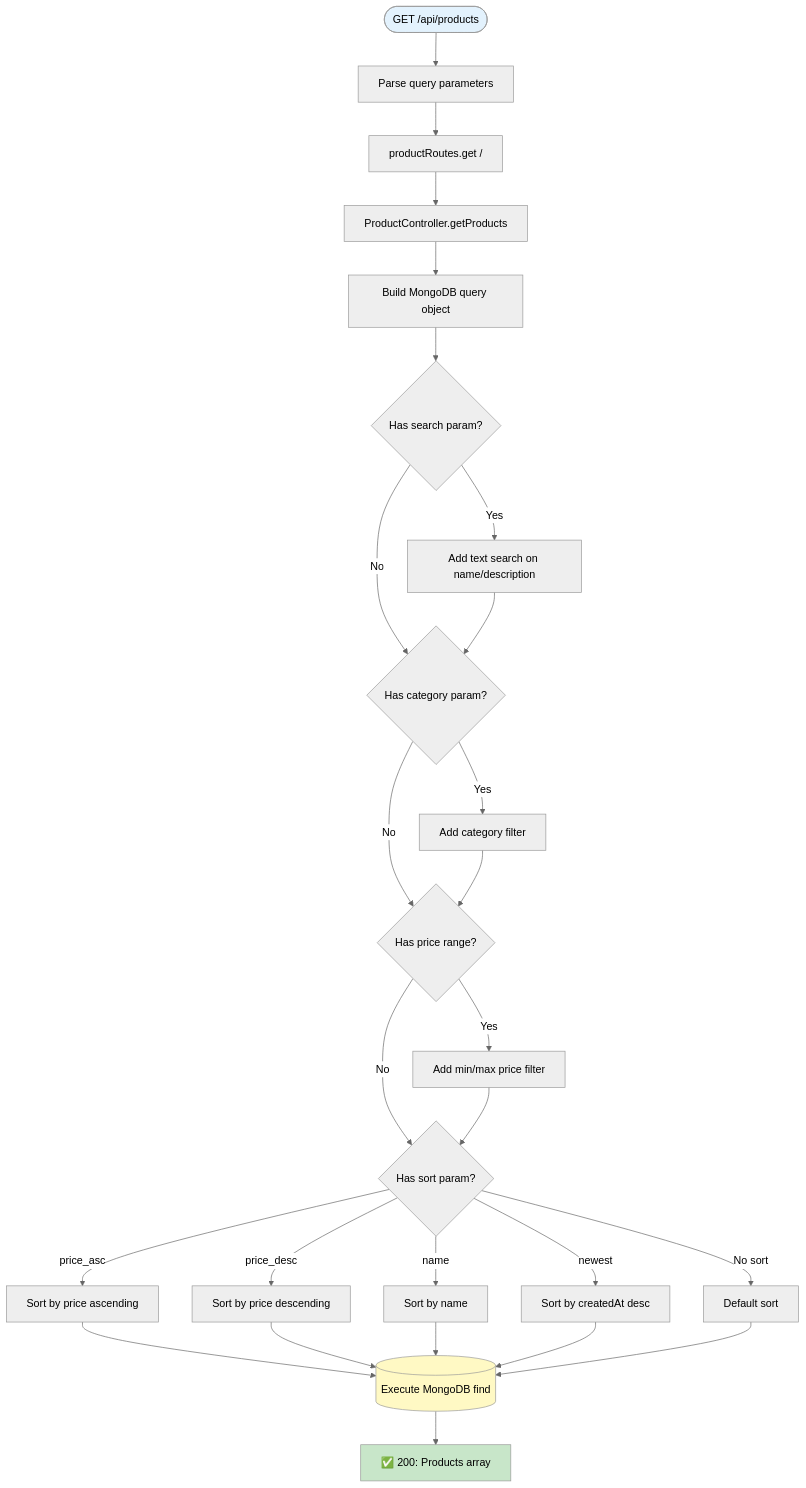
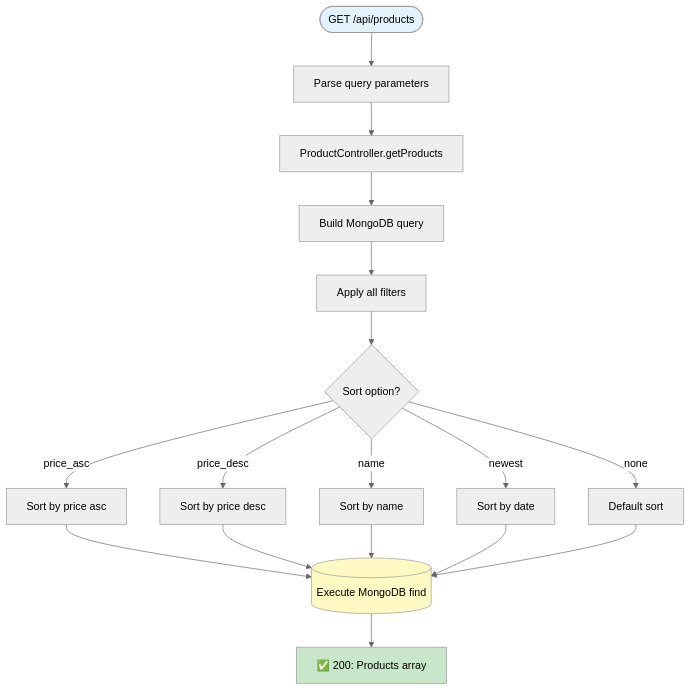
One commit to shmuelkapiloff/simple- changed diagram 17 of 26 in docs/SERVER_ENDPOINTS_MAP.md. Above: the diagram before and after it, drawn with Mermaid (neutral theme). The commit also changed other lines of this file, not shown here.

Commit message:
fix: Simplify 5 problematic flowcharts by removing merge points

````diff
--- a/docs/SERVER_ENDPOINTS_MAP.md
+++ b/docs/SERVER_ENDPOINTS_MAP.md
@@ -956,40 +934,27 @@
 ```mermaid
 flowchart TD
     Request([GET /api/products]) --> ParseQuery[Parse query parameters]
-    ParseQuery --> RouteHandler[productRoutes.get /]
+    ParseQuery --> Controller[ProductController.getProducts]
     
-    RouteHandler --> Controller[ProductController.getProducts]
-    Controller --> BuildQuery[Build MongoDB query object]
+    Controller --> BuildQuery[Build MongoDB query]
+    BuildQuery --> ApplyFilters[Apply all filters]
     
-    BuildQuery --> HasSearch{Has search param?}
-    HasSearch -->|Yes| AddTextSearch[Add text search on name/description]
-    HasSearch -->|No| HasCategory
+    ApplyFilters --> SortOptions{Sort option?}
+    SortOptions -->|price_asc| SortPA[Sort by price asc]
+    SortOptions -->|price_desc| SortPD[Sort by price desc]
+    SortOptions -->|name| SortN[Sort by name]
+    SortOptions -->|newest| SortD[Sort by date]
+    SortOptions -->|none| SortDefault[Default sort]
     
-    AddTextSearch --> HasCategory{Has category param?}
-    HasCategory -->|Yes| FilterCategory[Add category filter]
-    HasCategory -->|No| HasPrice
-    
-    FilterCategory --> HasPrice{Has price range?}
-    HasPrice -->|Yes| FilterPrice[Add min/max price filter]
-    HasPrice -->|No| HasSort
-    
-    FilterPrice --> HasSort{Has sort param?}
-    HasSort -->|price_asc| SortPriceAsc[Sort by price ascending]
-    HasSort -->|price_desc| SortPriceDesc[Sort by price descending]
-    HasSort -->|name| SortName[Sort by name]
-    HasSort -->|newest| SortDate[Sort by createdAt desc]
-    HasSort -->|No sort| DefaultSort[Default sort]
-    
-    SortPriceAsc --> ExecuteQuery[(Execute MongoDB find)]
-    SortPriceDesc --> ExecuteQuery
-    SortName --> ExecuteQuery
-    SortDate --> ExecuteQuery
-    DefaultSort --> ExecuteQuery
+    SortPA --> ExecuteQuery[(Execute MongoDB find)]
+    SortPD --> ExecuteQuery
+    SortN --> ExecuteQuery
+    SortD --> ExecuteQuery
+    SortDefault --> ExecuteQuery
     
     ExecuteQuery --> Return200["✅ 200: Products array"]
-    
     
     style Request fill:#e3f2fd
     style Return200 fill:#c8e6c9
     style ExecuteQuery fill:#fff9c4
 ```
````
